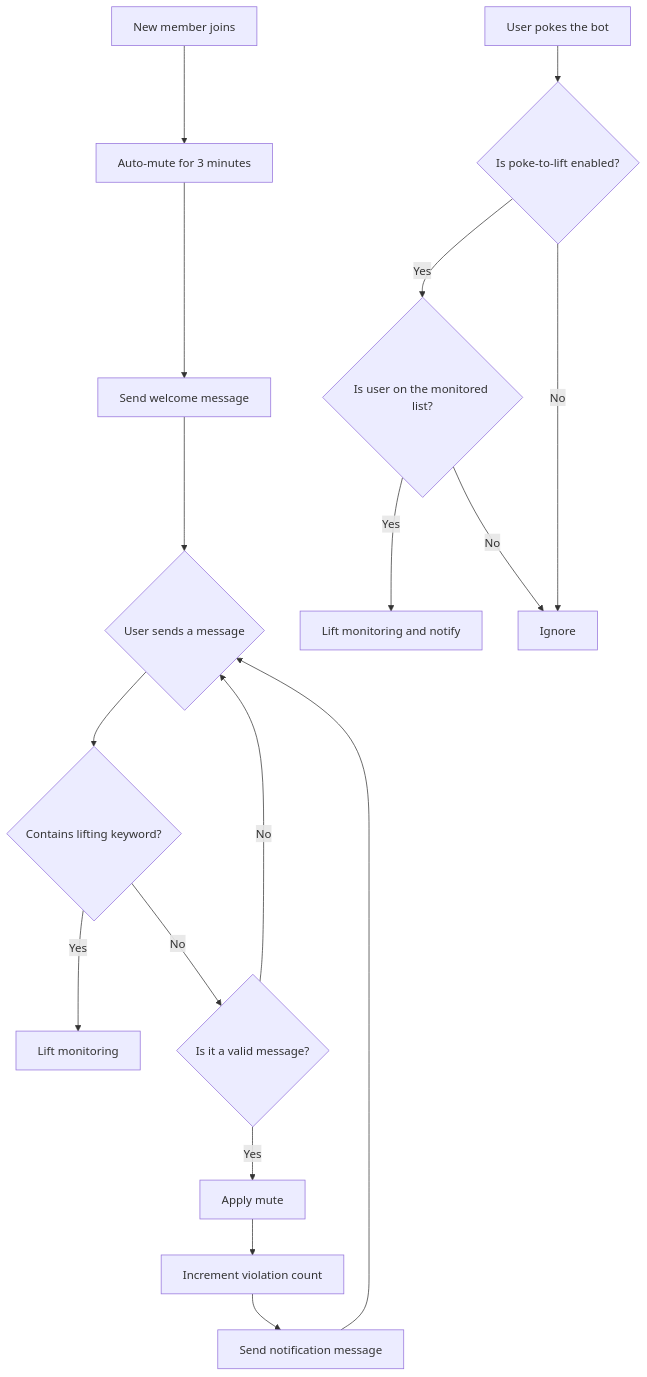
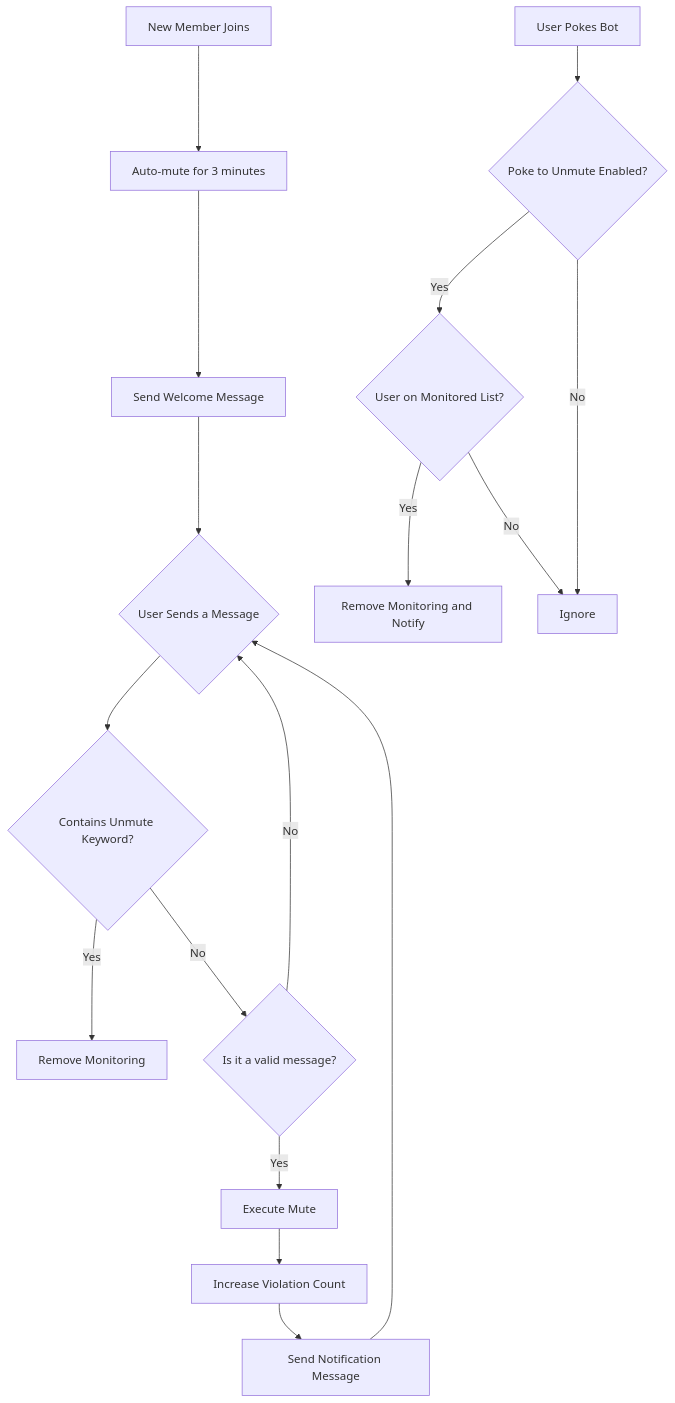
One commit to WishUponASnowflake/astrbot_plugin_auto_ban_new changed the diagram in README_en.md. Above: the diagram before and after it, drawn with Mermaid. The commit also changed other lines of this file, not shown here.

````diff
--- a/README_en.md
+++ b/README_en.md
@@ -118,20 +141,20 @@
 ```mermaid
 graph TD
-    A[New member joins] --> B[Auto-mute for 3 minutes]
-    B --> C[Send welcome message]
-    C --> D{User sends a message}
-    D --> E{Contains lifting keyword?}
-    E -->|Yes| F[Lift monitoring]
+    A[New Member Joins] --> B[Auto-mute for 3 minutes]
+    B --> C[Send Welcome Message]
+    C --> D{User Sends a Message}
+    D --> E{Contains Unmute Keyword?}
+    E -->|Yes| F[Remove Monitoring]
     E -->|No| G{Is it a valid message?}
     G -->|No| D
-    G -->|Yes| H[Apply mute]
-    H --> I[Increment violation count]
-    I --> J[Send notification message]
+    G -->|Yes| H[Execute Mute]
+    H --> I[Increase Violation Count]
+    I --> J[Send Notification Message]
     J --> D
     
-    K[User pokes the bot] --> L{Is poke-to-lift enabled?}
-    L -->|Yes| M{Is user on the monitored list?}
-    M -->|Yes| N[Lift monitoring and notify]
+    K[User Pokes Bot] --> L{Poke to Unmute Enabled?}
+    L -->|Yes| M{User on Monitored List?}
+    M -->|Yes| N[Remove Monitoring and Notify]
     M -->|No| O[Ignore]
     L -->|No| O
 ```
````
